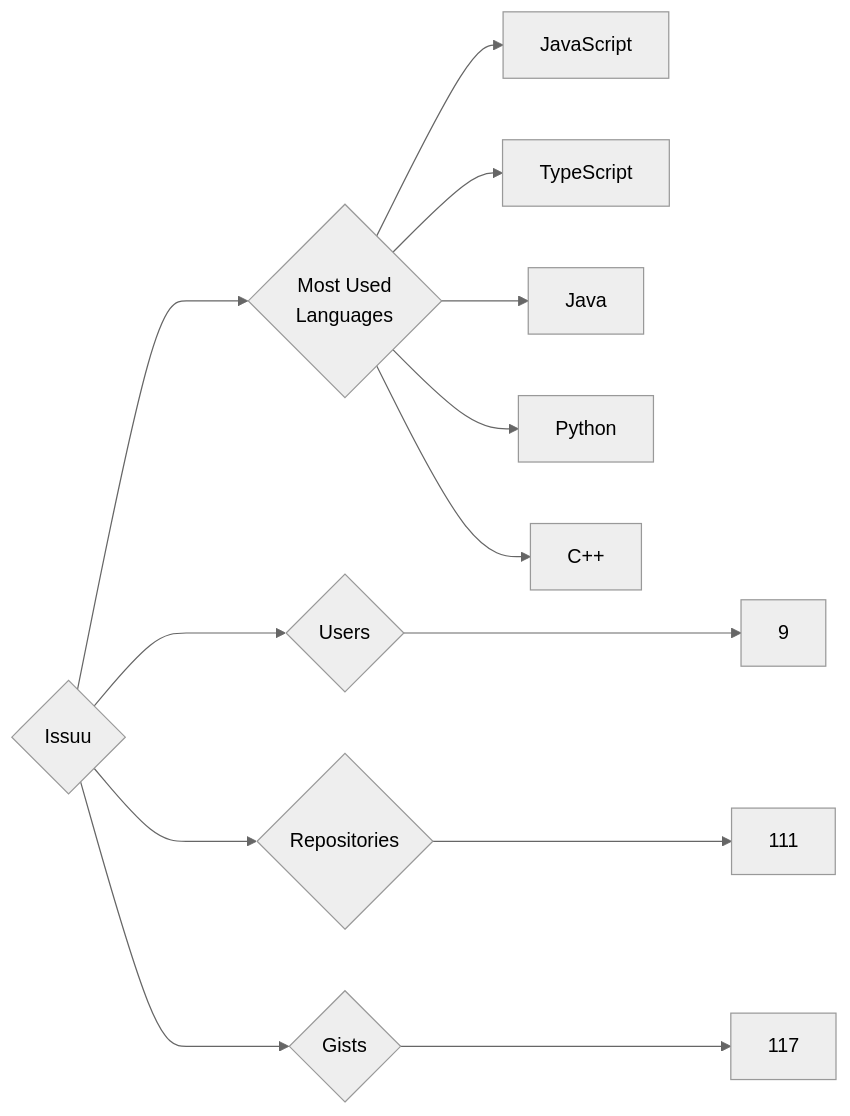
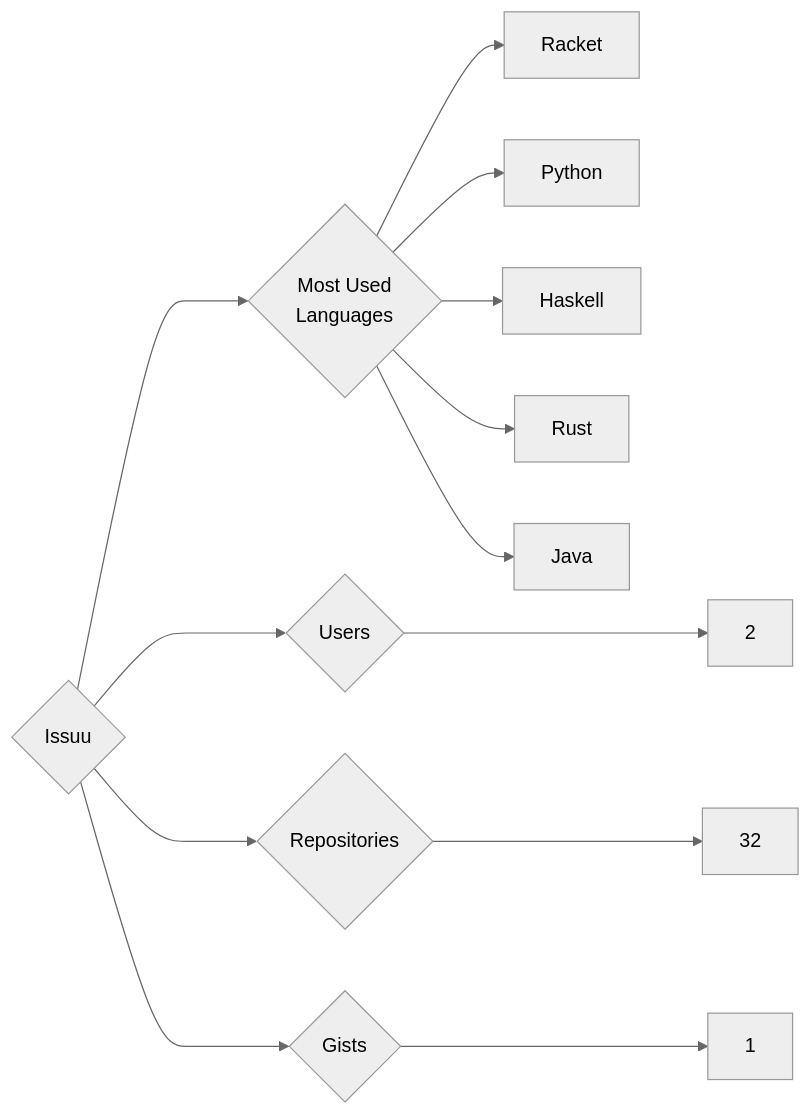
The diagram in targets/Issuu/README.md (trickest/insiders), drawn with Mermaid (neutral theme) before and after one commit. The commit also changed 721 other files, not shown here.

````diff
--- a/targets/Issuu/README.md
+++ b/targets/Issuu/README.md
@@ -3,13 +3,13 @@
 ```mermaid
 graph LR
 COMPANY_NAME{Issuu}
-COMPANY_NAME ---> U{Users} ---> UN[9]
-COMPANY_NAME ---> R{Repositories} ---> RN[111]
-COMPANY_NAME ---> G{Gists} ---> GN[117]
+COMPANY_NAME ---> U{Users} ---> UN[2]
+COMPANY_NAME ---> R{Repositories} ---> RN[32]
+COMPANY_NAME ---> G{Gists} ---> GN[1]
 COMPANY_NAME ---> ML{Most Used<br>Languages}
-ML --> JavaScript[JavaScript]
-ML --> TypeScript[TypeScript]
+ML --> Racket[Racket]
+ML --> Python[Python]
+ML --> Haskell[Haskell]
+ML --> Rust[Rust]
 ML --> Java[Java]
-ML --> Python[Python]
-ML --> C++[C++]
 ```
````
